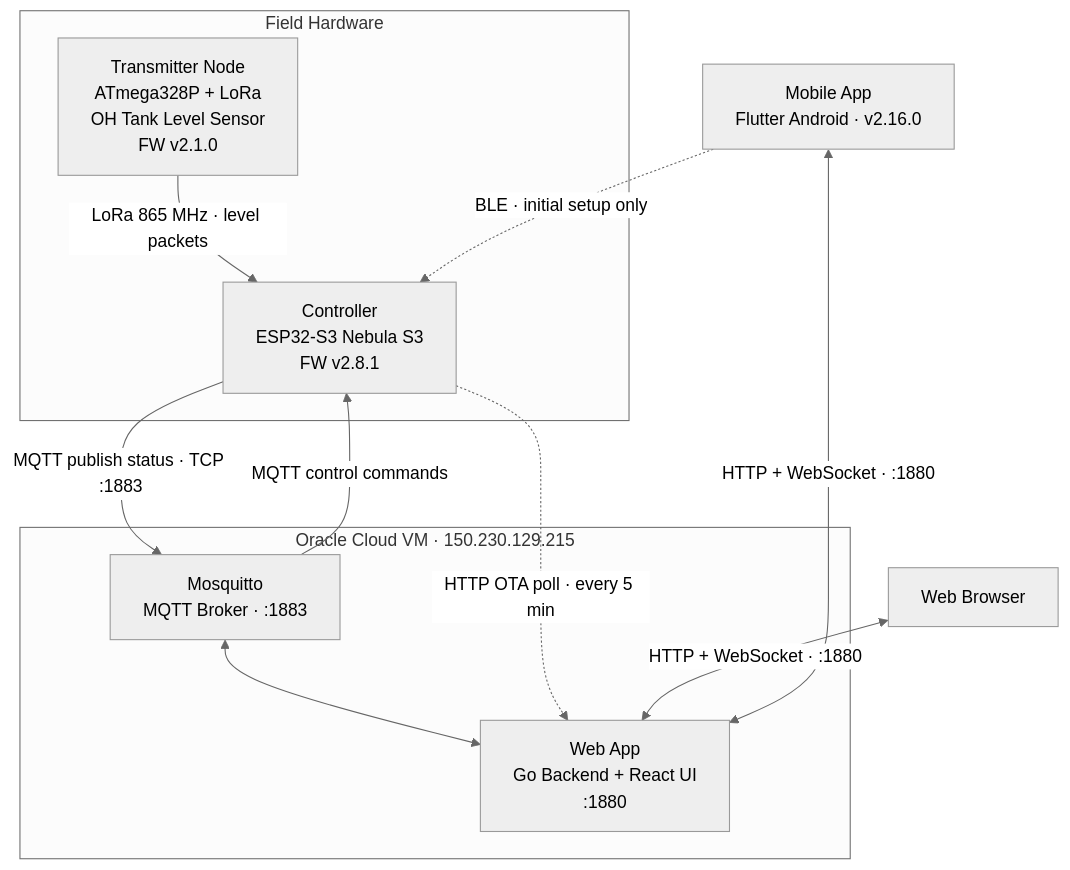
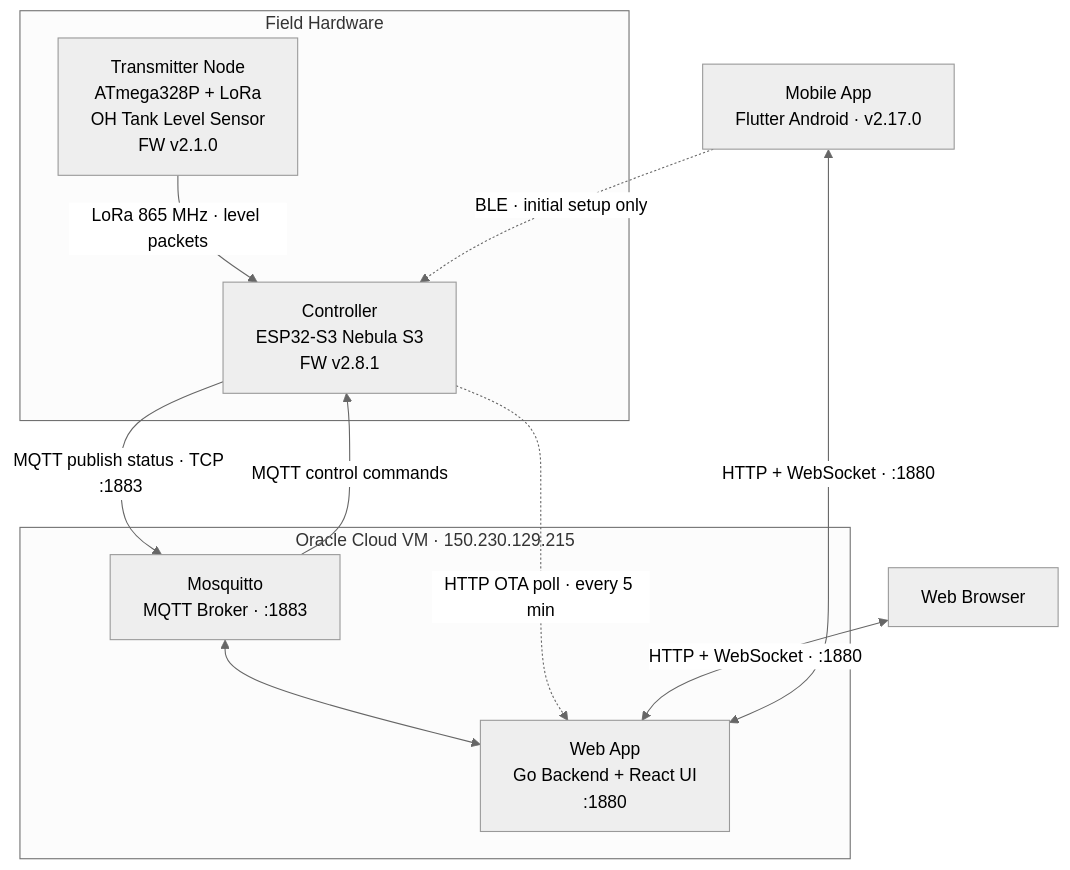
The first of 2 diagrams in README.md (nperiannan/TankMonitor), drawn with Mermaid (neutral theme) before and after one commit. The commit also changed other lines of this file and 5 other files, not shown here.

````diff
--- a/README.md
+++ b/README.md
@@ -9,25 +9,25 @@
 ```mermaid
 flowchart TD
     subgraph Field["Field Hardware"]
         TX["Transmitter Node\nATmega328P + LoRa\nOH Tank Level Sensor\nFW v2.1.0"]
         CTRL["Controller\nESP32-S3 Nebula S3\nFW v2.8.1"]
         TX -- "LoRa 865 MHz · level packets" --> CTRL
     end
 
     subgraph Server["Oracle Cloud VM · 150.230.129.215"]
         MQ["Mosquitto\nMQTT Broker · :1883"]
         WEB["Web App\nGo Backend + React UI\n:1880"]
         MQ <--> WEB
     end
 
     CTRL -- "MQTT publish status · TCP :1883" --> MQ
     MQ -- "MQTT control commands" --> CTRL
     CTRL -. "HTTP OTA poll · every 5 min" .-> WEB
 
     BROWSER["Web Browser"]
-    APP["Mobile App\nFlutter Android · v2.16.0"]
+    APP["Mobile App\nFlutter Android · v2.17.0"]
 
     BROWSER <-- "HTTP + WebSocket · :1880" --> WEB
     APP <-- "HTTP + WebSocket · :1880" --> WEB
     APP -. "BLE · initial setup only" .-> CTRL
 ```
````
